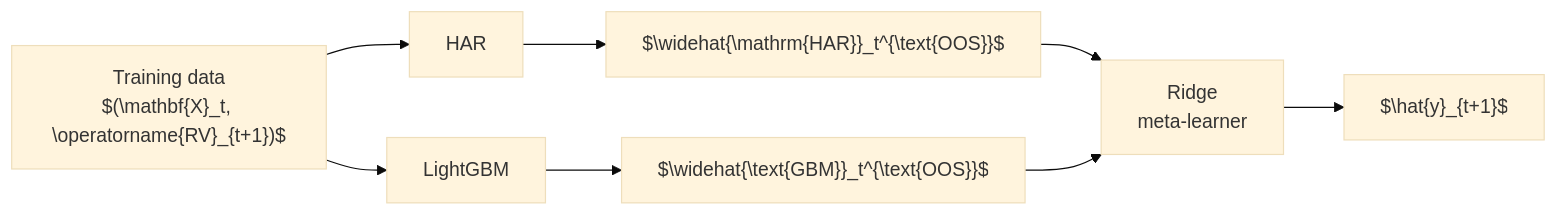
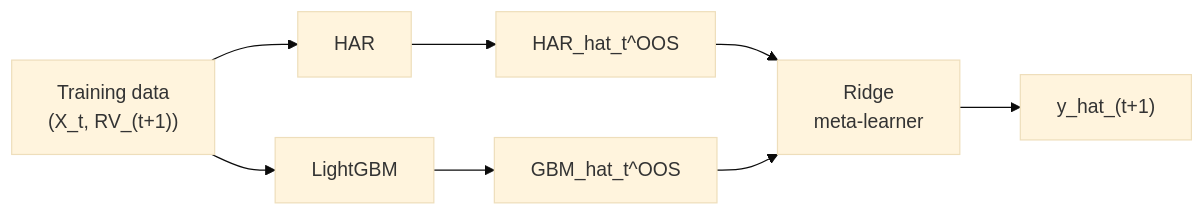
Before and after one commit to xRyann2255/ML-GS: the third of 4 diagrams in vol-learning-guide/markdown/ch13-hybrid-ensemble.md, drawn with Mermaid (base theme). The commit also changed other lines of this file and 19 other files, not shown here.

````diff
--- a/vol-learning-guide/markdown/ch13-hybrid-ensemble.md
+++ b/vol-learning-guide/markdown/ch13-hybrid-ensemble.md
@@ -492,18 +238,10 @@
 ```mermaid
 flowchart LR
-    data["Training data\n$(\mathbf{X}_t, \operatorname{RV}_{t+1})$"]
-    har["HAR"]
-    gbm["LightGBM"]
-    haroos["$\widehat{\mathrm{HAR}}_t^{\text{OOS}}$"]
-    gbmoos["$\widehat{\text{GBM}}_t^{\text{OOS}}$"]
-    meta["Ridge\nmeta-learner"]
-    out["$\hat{y}_{t+1}$"]
-
-    data --> har
-    data --> gbm
-    har --> haroos
-    gbm --> gbmoos
-    haroos --> meta
+    data["Training data<br/>(X_t, RV_(t+1))"] --> har["HAR"]
+    data --> gbm["LightGBM"]
+    har --> haroos["HAR_hat_t^OOS"]
+    gbm --> gbmoos["GBM_hat_t^OOS"]
+    haroos --> meta["Ridge<br/>meta-learner"]
     gbmoos --> meta
-    meta --> out
+    meta --> out["y_hat_(t+1)"]
 ```
````
